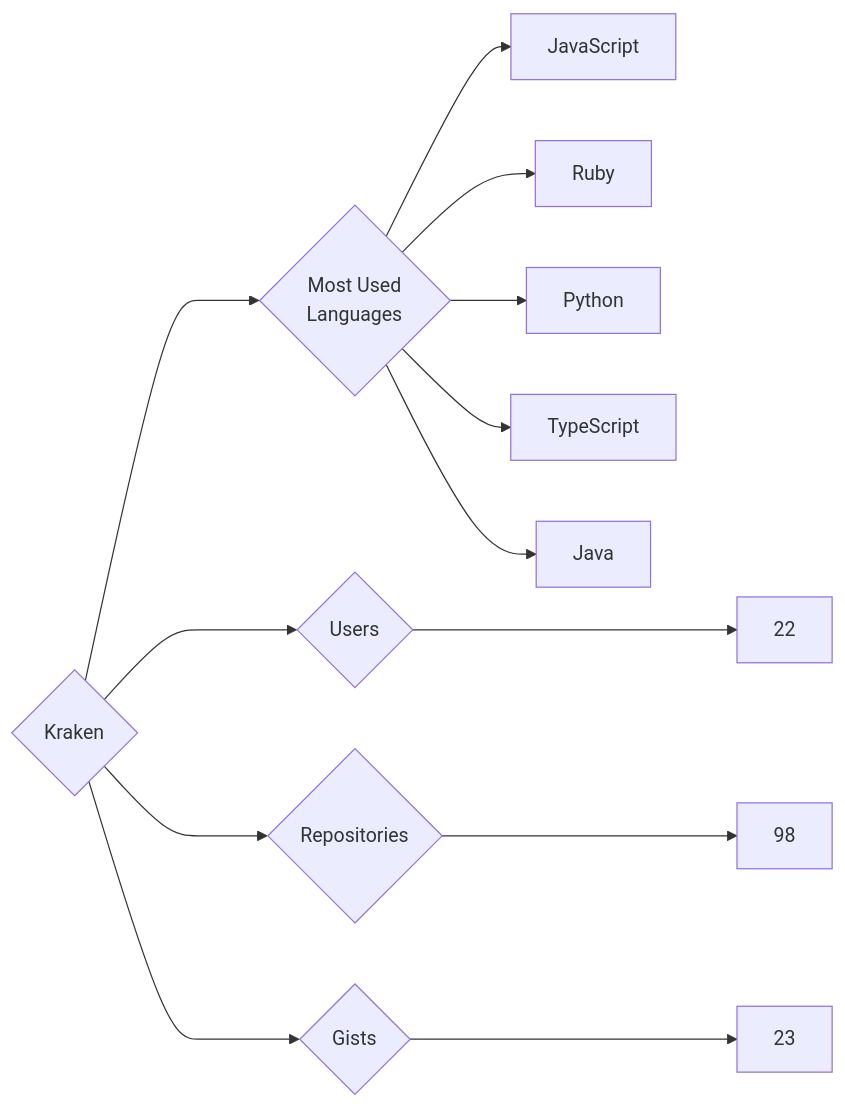
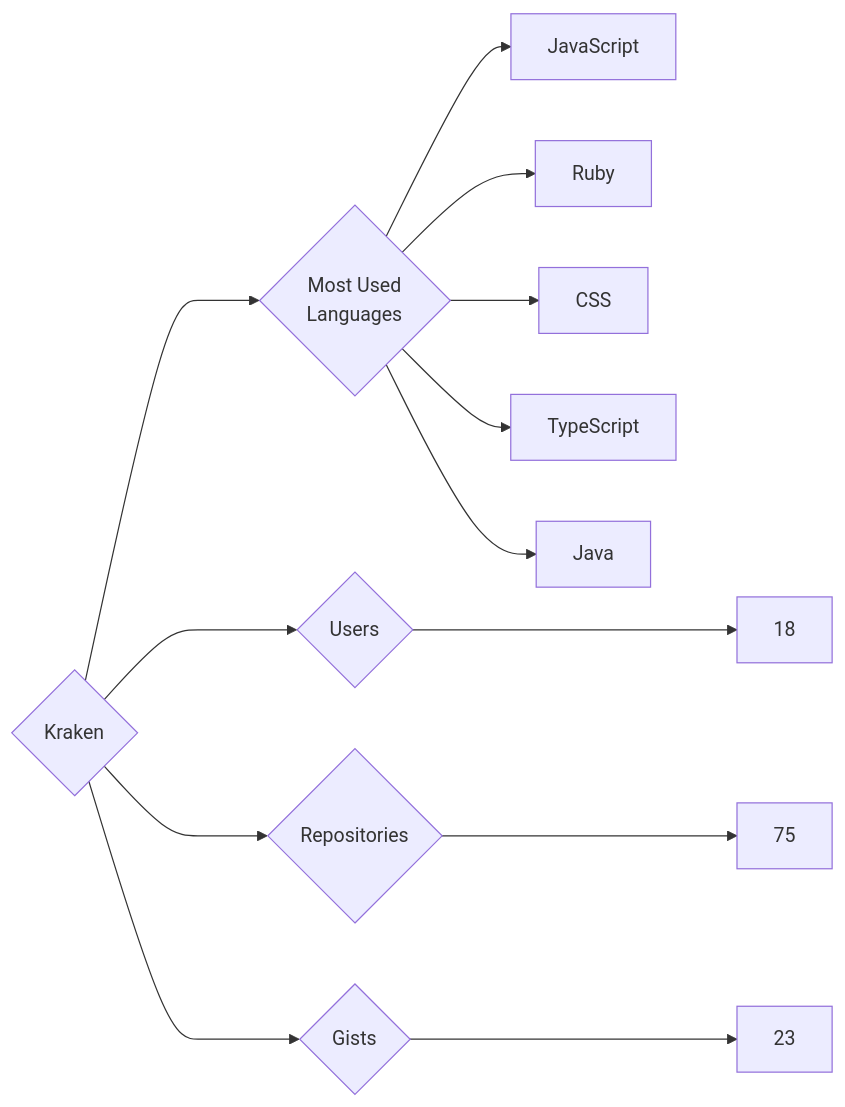
The diagram in targets/Kraken/README.md (trickest/insiders), drawn with Mermaid before and after one commit. The commit also changed 914 other files, not shown here.

````diff
--- a/targets/Kraken/README.md
+++ b/targets/Kraken/README.md
@@ -3,13 +3,13 @@
 ```mermaid
 graph LR
 COMPANY_NAME{Kraken}
-COMPANY_NAME ---> U{Users} ---> UN[22]
-COMPANY_NAME ---> R{Repositories} ---> RN[98]
+COMPANY_NAME ---> U{Users} ---> UN[18]
+COMPANY_NAME ---> R{Repositories} ---> RN[75]
 COMPANY_NAME ---> G{Gists} ---> GN[23]
 COMPANY_NAME ---> ML{Most Used<br>Languages}
 ML --> JavaScript[JavaScript]
 ML --> Ruby[Ruby]
-ML --> Python[Python]
+ML --> CSS[CSS]
 ML --> TypeScript[TypeScript]
 ML --> Java[Java]
 ```
````
